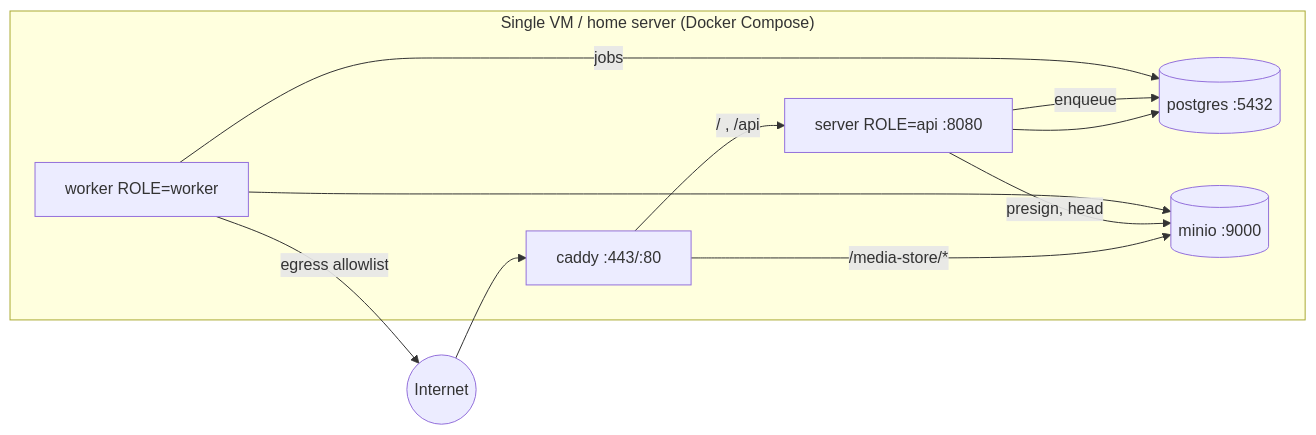
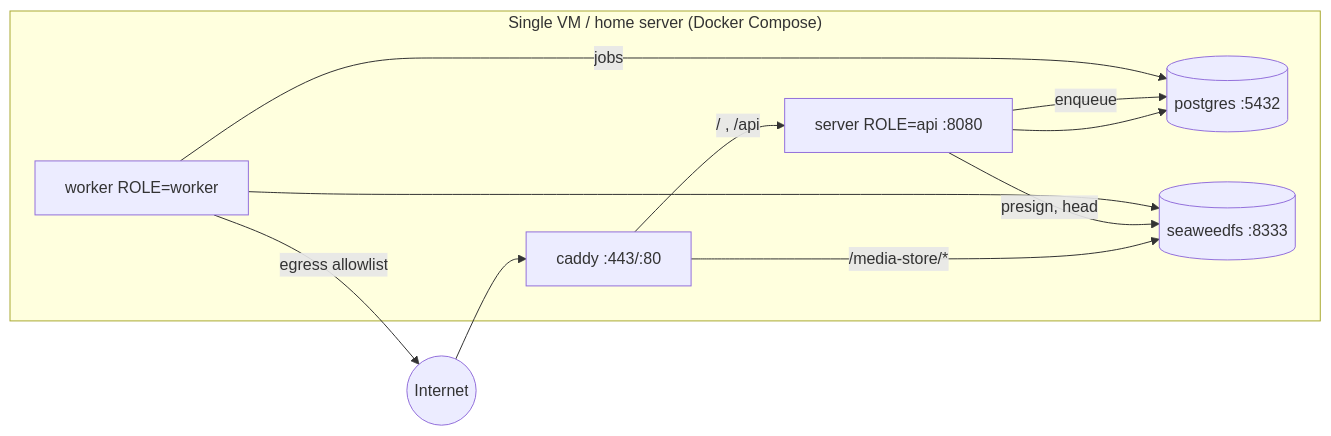
The second of 3 diagrams in docs/design/HLD.md (VidFriends/vidfriends), drawn with Mermaid before and after one commit. The commit also changed other lines of this file and 88 other files, not shown here.

````diff
--- a/docs/design/HLD.md
+++ b/docs/design/HLD.md
@@ -51,19 +51,19 @@
 ```mermaid
 flowchart LR
   subgraph Host["Single VM / home server (Docker Compose)"]
     P[caddy :443/:80]
     S[server ROLE=api :8080]
     W[worker ROLE=worker]
     D[(postgres :5432)]
-    O[(minio :9000)]
+    O[(seaweedfs :8333)]
     P -->|/ , /api| S
     P -->|/media-store/*| O
     S --> D
     S -->|presign, head| O
     S -->|enqueue| D
     W -->|jobs| D
     W --> O
   end
   Internet((Internet)) --> P
   W -->|egress allowlist| Internet
 ```
````
